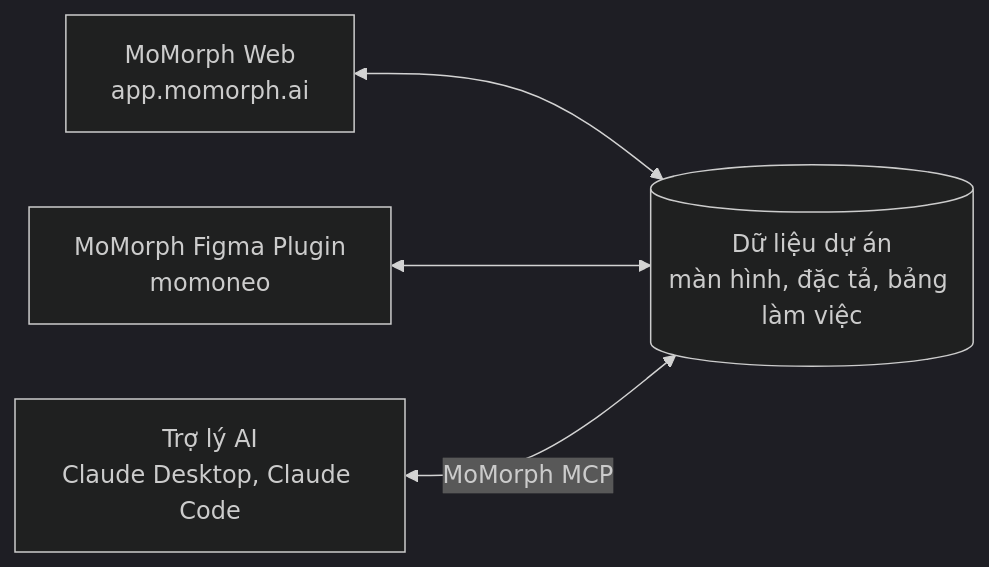
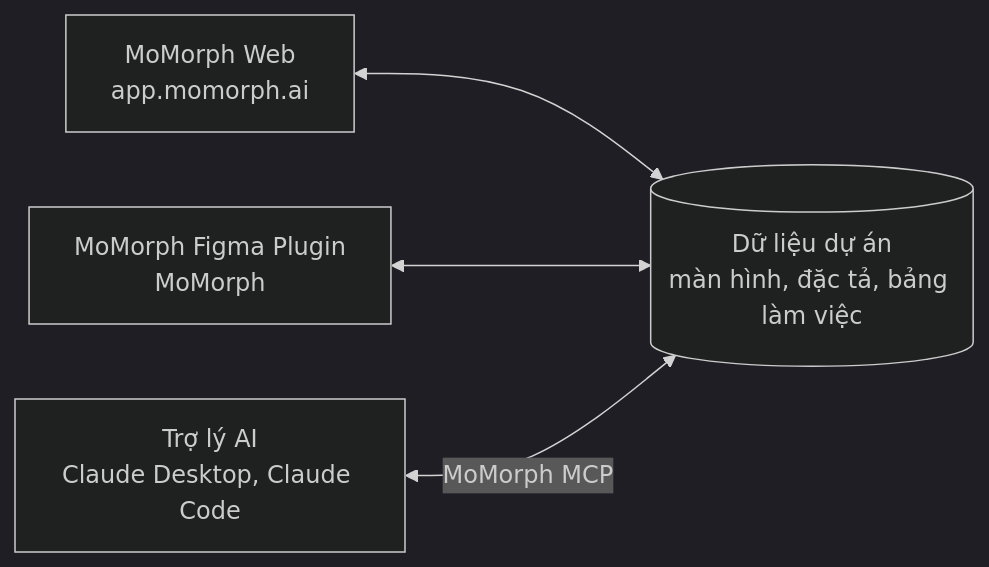
One commit to framgia/momorph-support changed the first of 6 diagrams in docs/v2-user-guide.vi.md. Above: the diagram before and after it, drawn with Mermaid (dark theme). The commit also changed other lines of this file and 21 other files, not shown here.

````diff
--- a/docs/v2-user-guide.vi.md
+++ b/docs/v2-user-guide.vi.md
@@ -5,6 +5,6 @@
 ```mermaid
 flowchart LR
   Web["MoMorph Web<br>app.momorph.ai"] <--> Data[("Dữ liệu dự án<br>màn hình, đặc tả, bảng làm việc")]
-  Plugin["MoMorph Figma Plugin<br>momoneo"] <--> Data
+  Plugin["MoMorph Figma Plugin<br>MoMorph"] <--> Data
   AI["Trợ lý AI<br>Claude Desktop, Claude Code"] <-- "MoMorph MCP" --> Data
 ```
````
